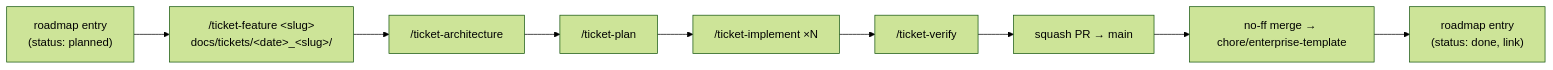
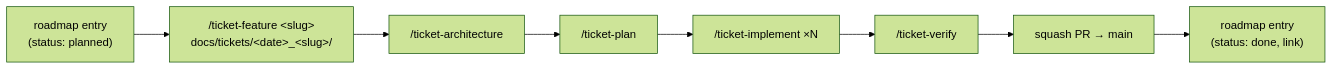
Before and after one commit to khotei/app-template: the diagram in docs/knowledge/roadmap.md, drawn with Mermaid (forest theme). The commit also changed other lines of this file and 3 other files, not shown here.

````diff
--- a/docs/knowledge/roadmap.md
+++ b/docs/knowledge/roadmap.md
@@ -15,8 +15,7 @@
 ```mermaid
 graph LR
   R["roadmap entry<br/>(status: planned)"] --> F["/ticket-feature &lt;slug&gt;<br/>docs/tickets/&lt;date&gt;_&lt;slug&gt;/"]
   F --> A["/ticket-architecture"] --> P["/ticket-plan"] --> I["/ticket-implement ×N"] --> V["/ticket-verify"]
   V --> PR["squash PR → main"]
-  PR --> E["no-ff merge → chore/enterprise-template"]
-  E --> R2["roadmap entry<br/>(status: done, link)"]
+  PR --> R2["roadmap entry<br/>(status: done, link)"]
 ```
````
